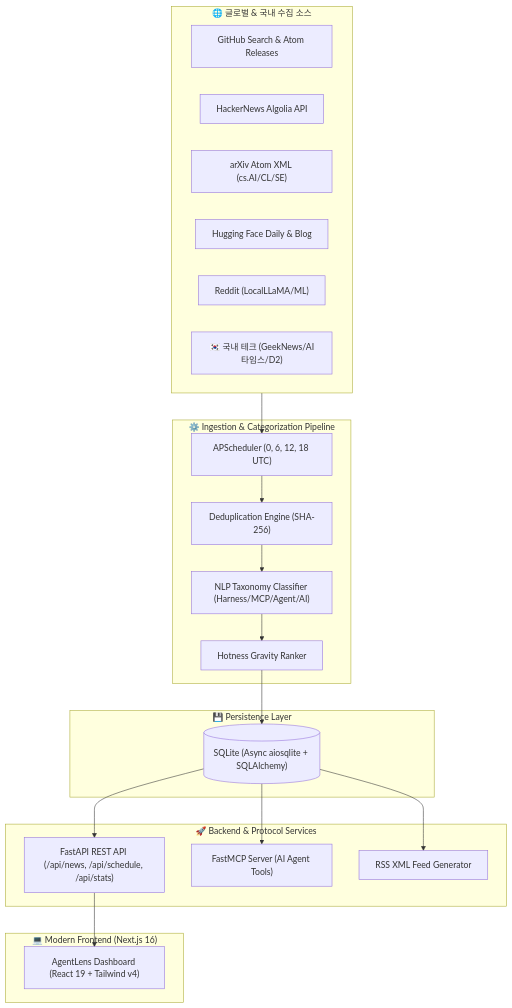
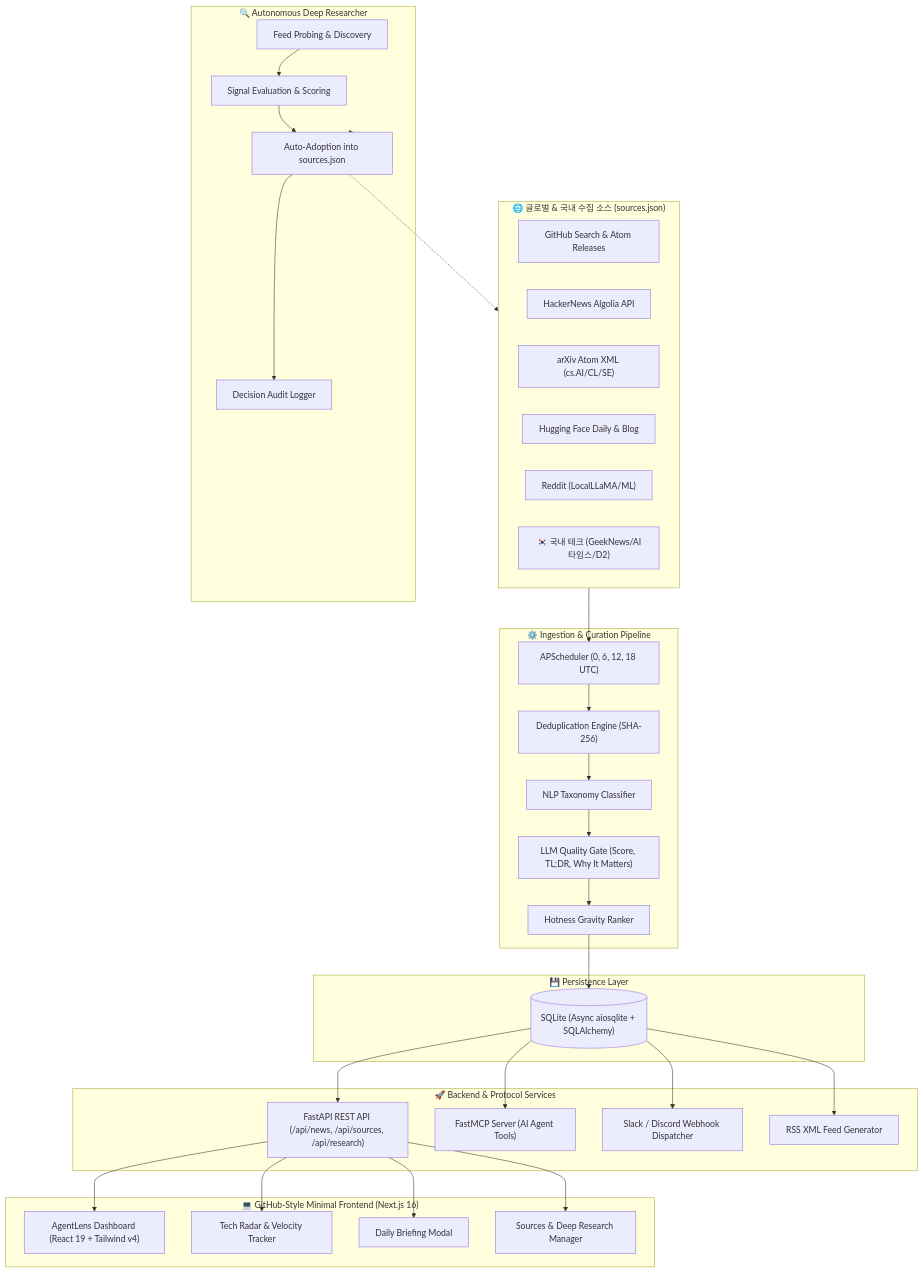
One commit to ozplayground/agent-lens changed the diagram in README.md. Above: the diagram before and after it, drawn with Mermaid. The commit also changed other lines of this file and 6 other files, not shown here.

````diff
--- a/README.md
+++ b/README.md
@@ -77,36 +93,50 @@
 ```mermaid
 flowchart TB
-    subgraph SOURCES["🌐 글로벌 & 국내 수집 소스"]
+    subgraph SOURCES["🌐 글로벌 & 국내 수집 소스 (sources.json)"]
         GH["GitHub Search & Atom Releases"]
         HN["HackerNews Algolia API"]
         AX["arXiv Atom XML (cs.AI/CL/SE)"]
         HF["Hugging Face Daily & Blog"]
         RD["Reddit (LocalLLaMA/ML)"]
         KR["🇰🇷 국내 테크 (GeekNews/AI타임스/D2)"]
     end
 
-    subgraph ENGINE["⚙️ Ingestion & Categorization Pipeline"]
+    subgraph RESEARCH["🔍 Autonomous Deep Researcher"]
+        DISC["Feed Probing & Discovery"]
+        EVAL["Signal Evaluation & Scoring"]
+        ADOPT["Auto-Adoption into sources.json"]
+        AUDIT["Decision Audit Logger"]
+        DISC --> EVAL --> ADOPT --> AUDIT
+    end
+
+    subgraph ENGINE["⚙️ Ingestion & Curation Pipeline"]
         CRON["APScheduler (0, 6, 12, 18 UTC)"]
         DEDUP["Deduplication Engine (SHA-256)"]
-        CAT["NLP Taxonomy Classifier (Harness/MCP/Agent/AI)"]
+        CAT["NLP Taxonomy Classifier"]
+        LLM["LLM Quality Gate (Score, TL;DR, Why It Matters)"]
         HOT["Hotness Gravity Ranker"]
     end
 
     subgraph STORAGE["💾 Persistence Layer"]
         DB[("SQLite (Async aiosqlite + SQLAlchemy)")]
     end
 
     subgraph API["🚀 Backend & Protocol Services"]
-        FASTAPI["FastAPI REST API (/api/news, /api/schedule, /api/stats)"]
+        FASTAPI["FastAPI REST API (/api/news, /api/sources, /api/research)"]
         MCP["FastMCP Server (AI Agent Tools)"]
+        WEBHOOK["Slack / Discord Webhook Dispatcher"]
         RSS["RSS XML Feed Generator"]
     end
 
-    subgraph UI["💻 Modern Frontend (Next.js 16)"]
+    subgraph UI["💻 GitHub-Style Minimal Frontend (Next.js 16)"]
         DASH["AgentLens Dashboard (React 19 + Tailwind v4)"]
+        RADAR["Tech Radar & Velocity Tracker"]
+        BRIEF["Daily Briefing Modal"]
+        SRCMGR["Sources & Deep Research Manager"]
     end
 
-    SOURCES --> CRON --> DEDUP --> CAT --> HOT --> DB
-    DB --> FASTAPI & MCP & RSS
-    FASTAPI --> DASH
+    SOURCES --> CRON --> DEDUP --> CAT --> LLM --> HOT --> DB
+    RESEARCH -.-> ADOPT -.-> SOURCES
+    DB --> FASTAPI & MCP & RSS & WEBHOOK
+    FASTAPI --> DASH & RADAR & BRIEF & SRCMGR
 ```
````
